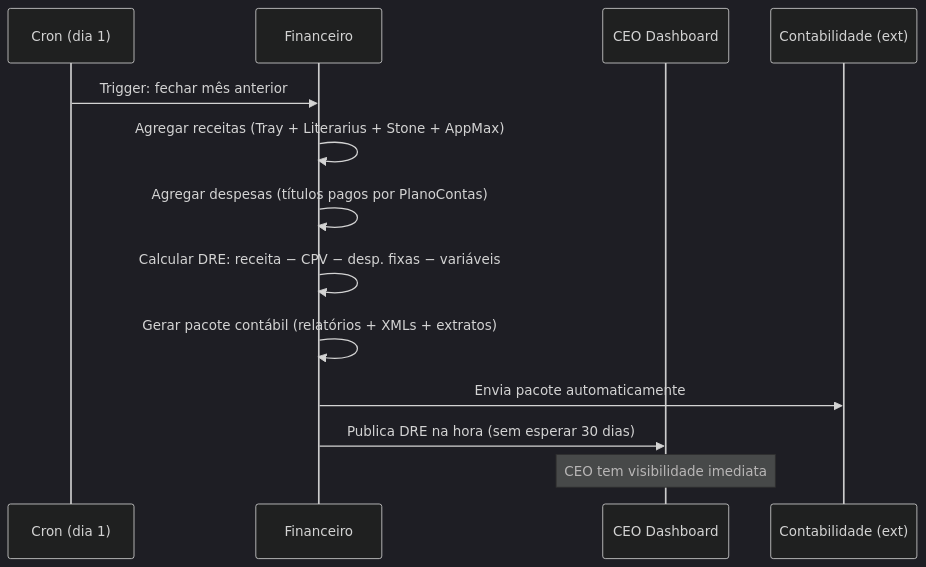
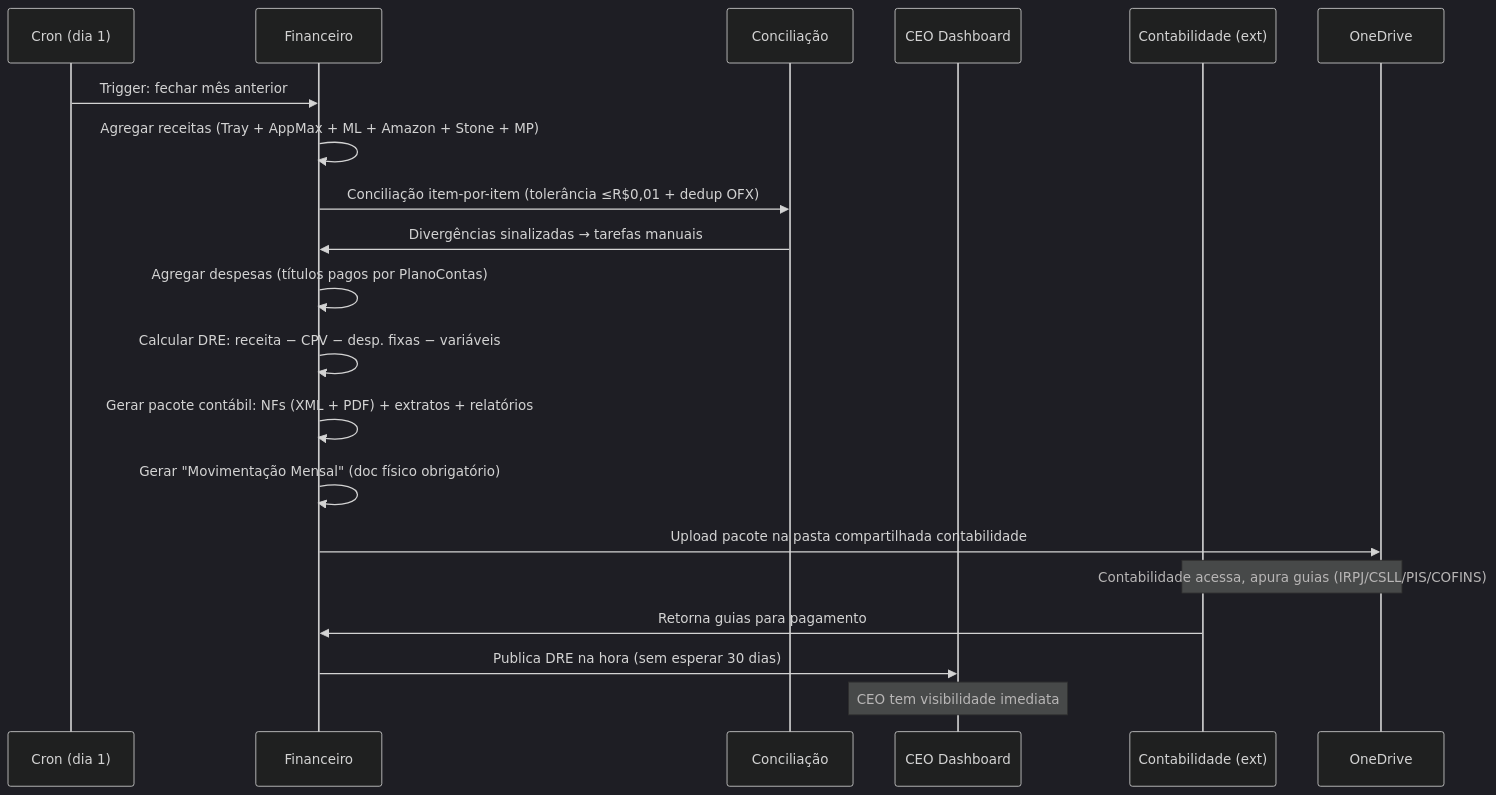
One commit to Trivia-Growth/Trivia-Obsidian changed the fifth of 7 diagrams in Clientes/Heziom/HeziomOS/02 - Sistema (Fluxos & Processos)/HeziomOS — Interligação Completa entre Módulos.md. Above: the diagram before and after it, drawn with Mermaid (dark theme). The commit also changed other lines of this file and 1 other file, not shown here.

````diff
--- a/Clientes/Heziom/HeziomOS/02 - Sistema (Fluxos & Processos)/HeziomOS — Interligação Completa entre Módulos.md
+++ b/Clientes/Heziom/HeziomOS/02 - Sistema (Fluxos & Processos)/HeziomOS — Interligação Completa entre Módulos.md
@@ -336,17 +357,24 @@
 ```mermaid
 sequenceDiagram
     participant CRON as Cron (dia 1)
     participant FIN as Financeiro
+    participant CONC as Conciliação
     participant DASH as CEO Dashboard
     participant CONT as Contabilidade (ext)
+    participant OD as OneDrive
     
     CRON->>FIN: Trigger: fechar mês anterior
-    FIN->>FIN: Agregar receitas (Tray + Literarius + Stone + AppMax)
+    FIN->>FIN: Agregar receitas (Tray + AppMax + ML + Amazon + Stone + MP)
+    FIN->>CONC: Conciliação item-por-item (tolerância ≤R$0,01 + dedup OFX)
+    CONC->>FIN: Divergências sinalizadas → tarefas manuais
     FIN->>FIN: Agregar despesas (títulos pagos por PlanoContas)
     FIN->>FIN: Calcular DRE: receita − CPV − desp. fixas − variáveis
-    FIN->>FIN: Gerar pacote contábil (relatórios + XMLs + extratos)
-    FIN->>CONT: Envia pacote automaticamente
+    FIN->>FIN: Gerar pacote contábil: NFs (XML + PDF) + extratos + relatórios
+    FIN->>FIN: Gerar "Movimentação Mensal" (doc físico obrigatório)
+    FIN->>OD: Upload pacote na pasta compartilhada contabilidade
+    Note over OD,CONT: Contabilidade acessa, apura guias (IRPJ/CSLL/PIS/COFINS)
+    CONT->>FIN: Retorna guias para pagamento
     FIN->>DASH: Publica DRE na hora (sem esperar 30 dias)
     
     Note over DASH: CEO tem visibilidade imediata
 ```
````
